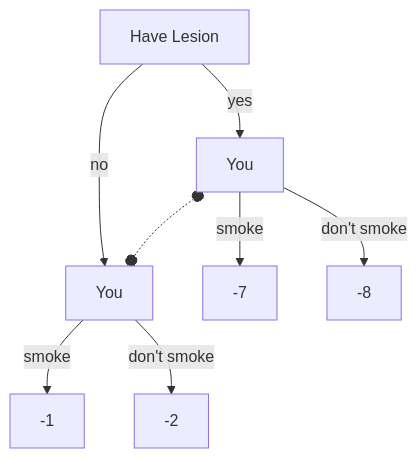
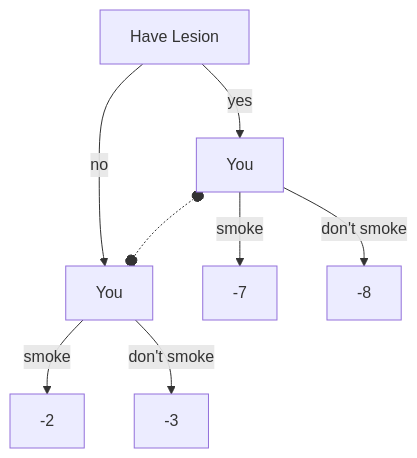
Before and after one commit to mogar/DecisionTheory: the diagram in docs/problems/smoking_lesion.md, drawn with Mermaid. The commit also changed other lines of this file and 6 other files, not shown here.

````diff
--- a/docs/problems/smoking_lesion.md
+++ b/docs/problems/smoking_lesion.md
@@ -36,16 +37,16 @@
 ```mermaid
 flowchart TB
 	lesion["Have Lesion"]
 	lesionYou["You"]
 	noLesionYou["You"]
 	lesion -- "yes" --> lesionYou
 	lesion -- "no" --> noLesionYou
 	
 	lesionYou o-.-o noLesionYou
 
 	lesionYou -- "smoke" --> ls["-7"]
 	lesionYou -- "don't smoke" --> lns["-8"]
 
-	noLesionYou -- "smoke" --> nls["-1"]
-	noLesionYou -- "don't smoke" --> nlns["-2"]
+	noLesionYou -- "smoke" --> nls["-2"]
+	noLesionYou -- "don't smoke" --> nlns["-3"]
 ```
````
